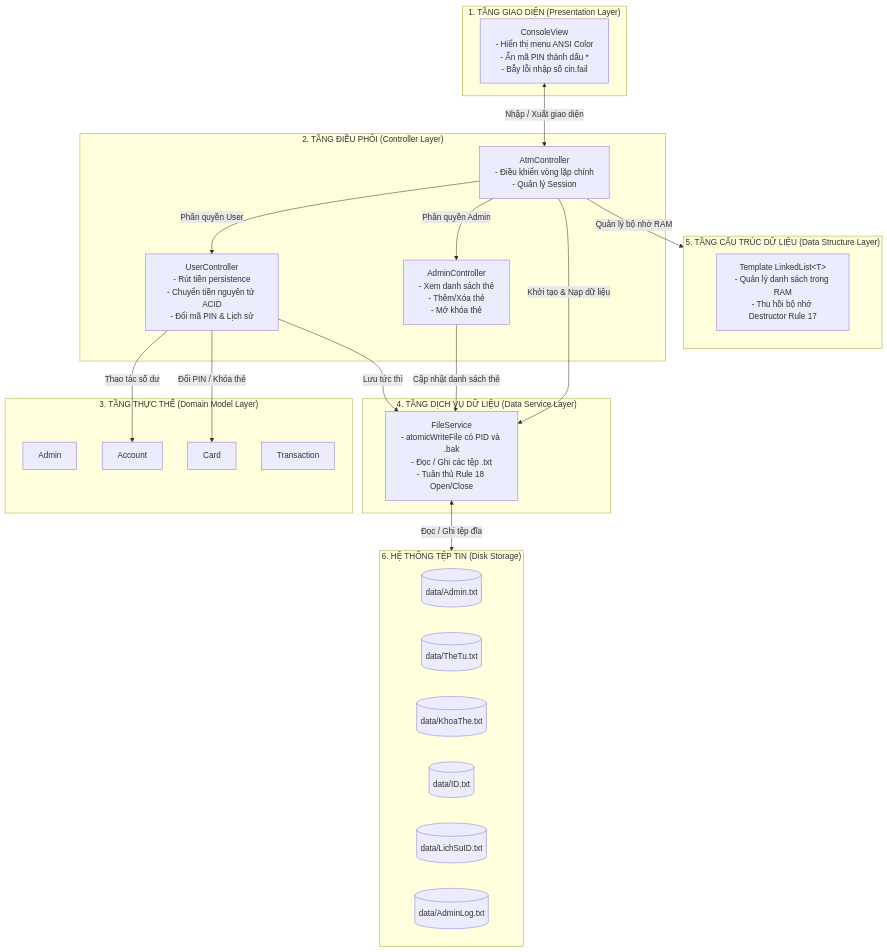
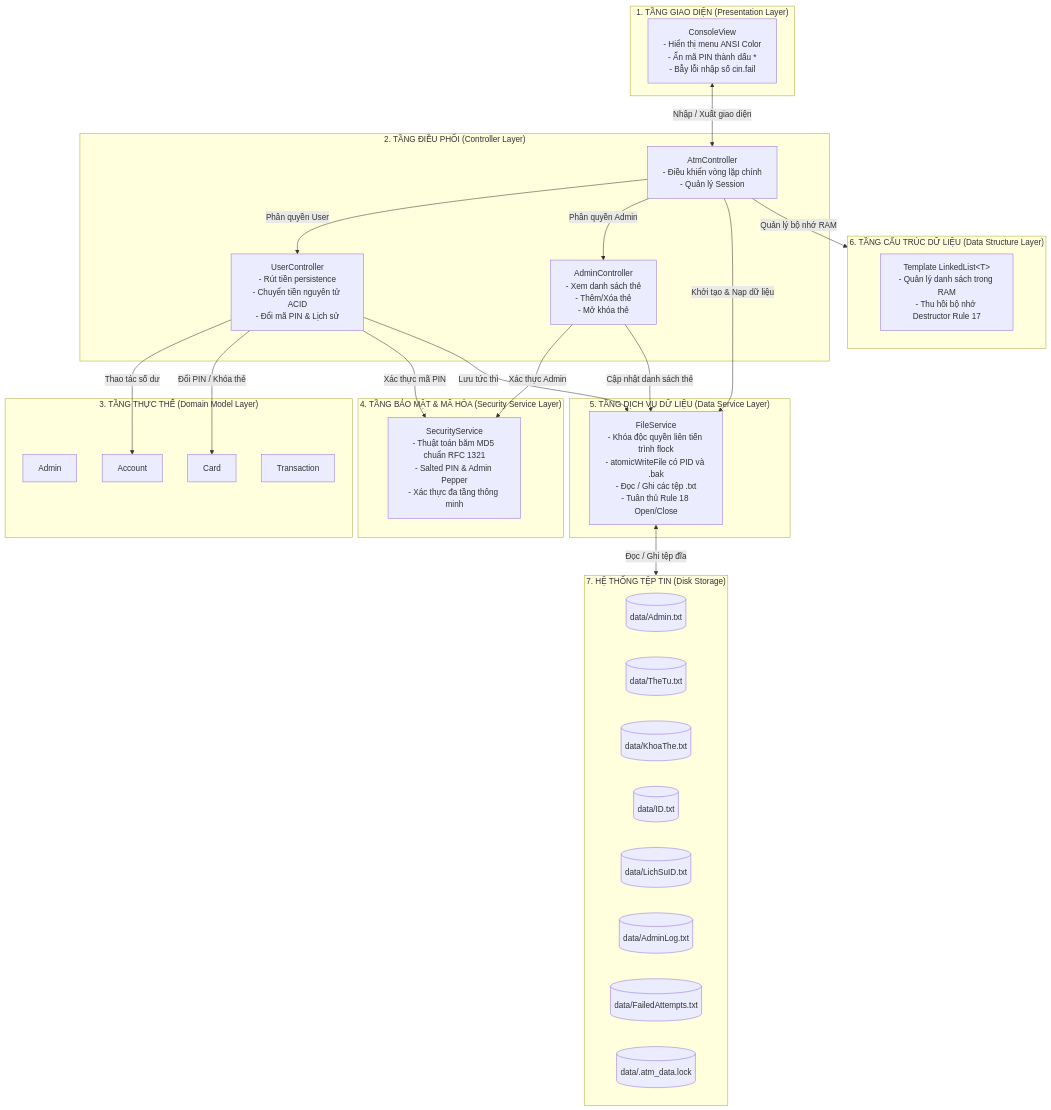
Before and after one commit to phattvh/DataStructure_ATM-Project: the diagram in docs/03_kien_truc_he_thong.md, drawn with Mermaid. The commit also changed other lines of this file and 22 other files, not shown here.

````diff
--- a/docs/03_kien_truc_he_thong.md
+++ b/docs/03_kien_truc_he_thong.md
@@ -9,50 +9,58 @@
 ```mermaid
 graph TD
     subgraph Presentation_Layer["1. TẦNG GIAO DIỆN (Presentation Layer)"]
         CV["ConsoleView<br>- Hiển thị menu ANSI Color<br>- Ẩn mã PIN thành dấu *<br>- Bẫy lỗi nhập số cin.fail"]
     end
 
     subgraph Controller_Layer["2. TẦNG ĐIỀU PHỐI (Controller Layer)"]
         AC["AtmController<br>- Điều khiển vòng lặp chính<br>- Quản lý Session"]
         UC["UserController<br>- Rút tiền persistence<br>- Chuyển tiền nguyên tử ACID<br>- Đổi mã PIN & Lịch sử"]
         ADC["AdminController<br>- Xem danh sách thẻ<br>- Thêm/Xóa thẻ<br>- Mở khóa thẻ"]
     end
 
     subgraph Domain_Layer["3. TẦNG THỰC THỂ (Domain Model Layer)"]
         M1["Admin"]
         M2["Card"]
         M3["Account"]
         M4["Transaction"]
     end
 
-    subgraph Storage_Layer["4. TẦNG DỊCH VỤ DỮ LIỆU (Data Service Layer)"]
-        FS["FileService<br>- atomicWriteFile có PID và .bak<br>- Đọc / Ghi các tệp .txt<br>- Tuân thủ Rule 18 Open/Close"]
+    subgraph Security_Layer["4. TẦNG BẢO MẬT & MÃ HÓA (Security Service Layer)"]
+        SS["SecurityService<br>- Thuật toán băm MD5 chuẩn RFC 1321<br>- Salted PIN & Admin Pepper<br>- Xác thực đa tầng thông minh"]
     end
 
-    subgraph Foundation_Layer["5. TẦNG CẤU TRÚC DỮ LIỆU (Data Structure Layer)"]
+    subgraph Storage_Layer["5. TẦNG DỊCH VỤ DỮ LIỆU (Data Service Layer)"]
+        FS["FileService<br>- Khóa độc quyền liên tiến trình flock<br>- atomicWriteFile có PID và .bak<br>- Đọc / Ghi các tệp .txt<br>- Tuân thủ Rule 18 Open/Close"]
+    end
+
+    subgraph Foundation_Layer["6. TẦNG CẤU TRÚC DỮ LIỆU (Data Structure Layer)"]
         LL["Template LinkedList&lt;T&gt;<br>- Quản lý danh sách trong RAM<br>- Thu hồi bộ nhớ Destructor Rule 17"]
     end
 
-    subgraph File_System["6. HỆ THỐNG TỆP TIN (Disk Storage)"]
+    subgraph File_System["7. HỆ THỐNG TỆP TIN (Disk Storage)"]
         F1[("data/Admin.txt")]
         F2[("data/TheTu.txt")]
         F3[("data/KhoaThe.txt")]
         F4[("data/ID.txt")]
         F5[("data/LichSuID.txt")]
         F6[("data/AdminLog.txt")]
+        F7[("data/FailedAttempts.txt")]
+        F8[("data/.atm_data.lock")]
     end
 
     CV <-->|Nhập / Xuất giao diện| AC
     AC -->|Phân quyền User| UC
     AC -->|Phân quyền Admin| ADC
 
     AC -->|Quản lý bộ nhớ RAM| Foundation_Layer
     AC -->|Khởi tạo & Nạp dữ liệu| FS
 
     UC -->|Thao tác số dư| M3
     UC -->|Đổi PIN / Khóa thẻ| M2
+    UC -->|Xác thực mã PIN| SS
     UC -->|Lưu tức thì| FS
 
+    ADC -->|Xác thực Admin| SS
     ADC -->|Cập nhật danh sách thẻ| FS
     FS <-->|Đọc / Ghi tệp đĩa| File_System
 ```
````
